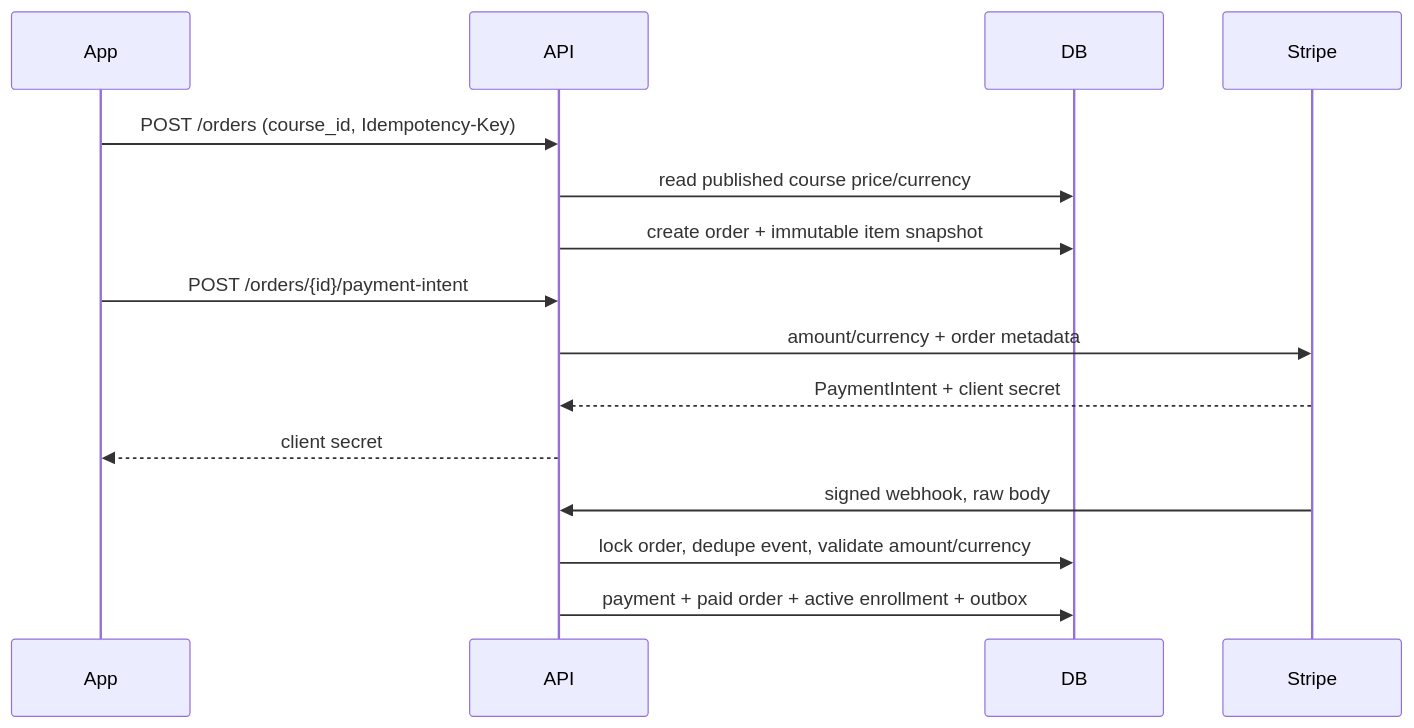
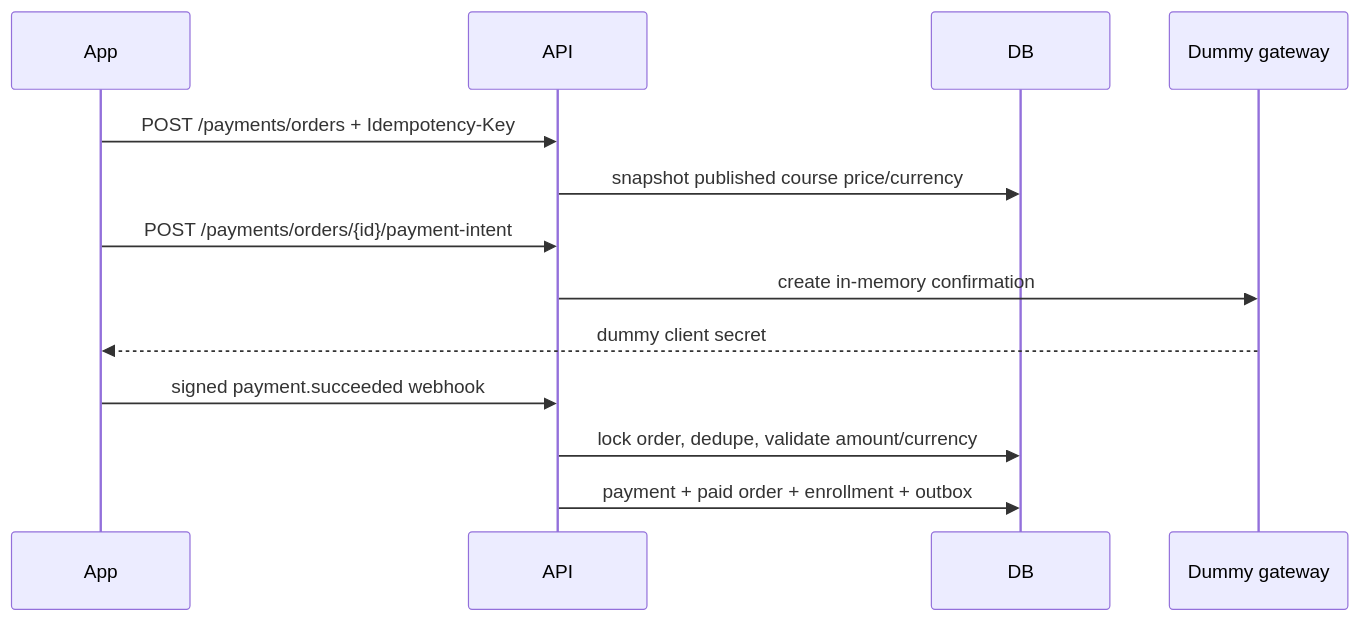
Before and after one commit to Faysal9991/edtech_Backend: the diagram in docs/payments.md, drawn with Mermaid. The commit also changed other lines of this file and 26 other files, not shown here.

Commit message:
update pyment sustem in dummy payment

````diff
--- a/docs/payments.md
+++ b/docs/payments.md
@@ -5,17 +10,15 @@
 ```mermaid
 sequenceDiagram
   participant App
   participant API
   participant DB
-  participant Stripe
-  App->>API: POST /orders (course_id, Idempotency-Key)
-  API->>DB: read published course price/currency
-  API->>DB: create order + immutable item snapshot
-  App->>API: POST /orders/{id}/payment-intent
-  API->>Stripe: amount/currency + order metadata
-  Stripe-->>API: PaymentIntent + client secret
-  API-->>App: client secret
-  Stripe->>API: signed webhook, raw body
-  API->>DB: lock order, dedupe event, validate amount/currency
-  API->>DB: payment + paid order + active enrollment + outbox
+  participant Dummy as Dummy gateway
+  App->>API: POST /payments/orders + Idempotency-Key
+  API->>DB: snapshot published course price/currency
+  App->>API: POST /payments/orders/{id}/payment-intent
+  API->>Dummy: create in-memory confirmation
+  Dummy-->>App: dummy client secret
+  App->>API: signed payment.succeeded webhook
+  API->>DB: lock order, dedupe, validate amount/currency
+  API->>DB: payment + paid order + enrollment + outbox
 ```
````
